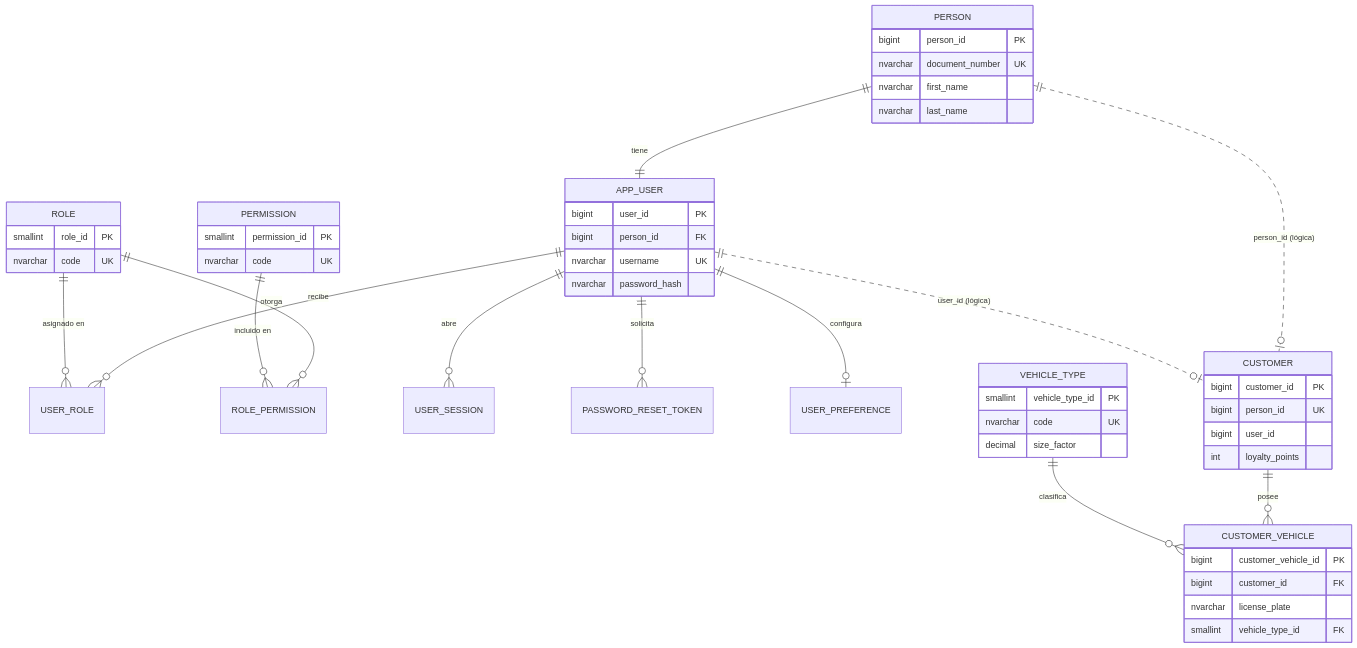
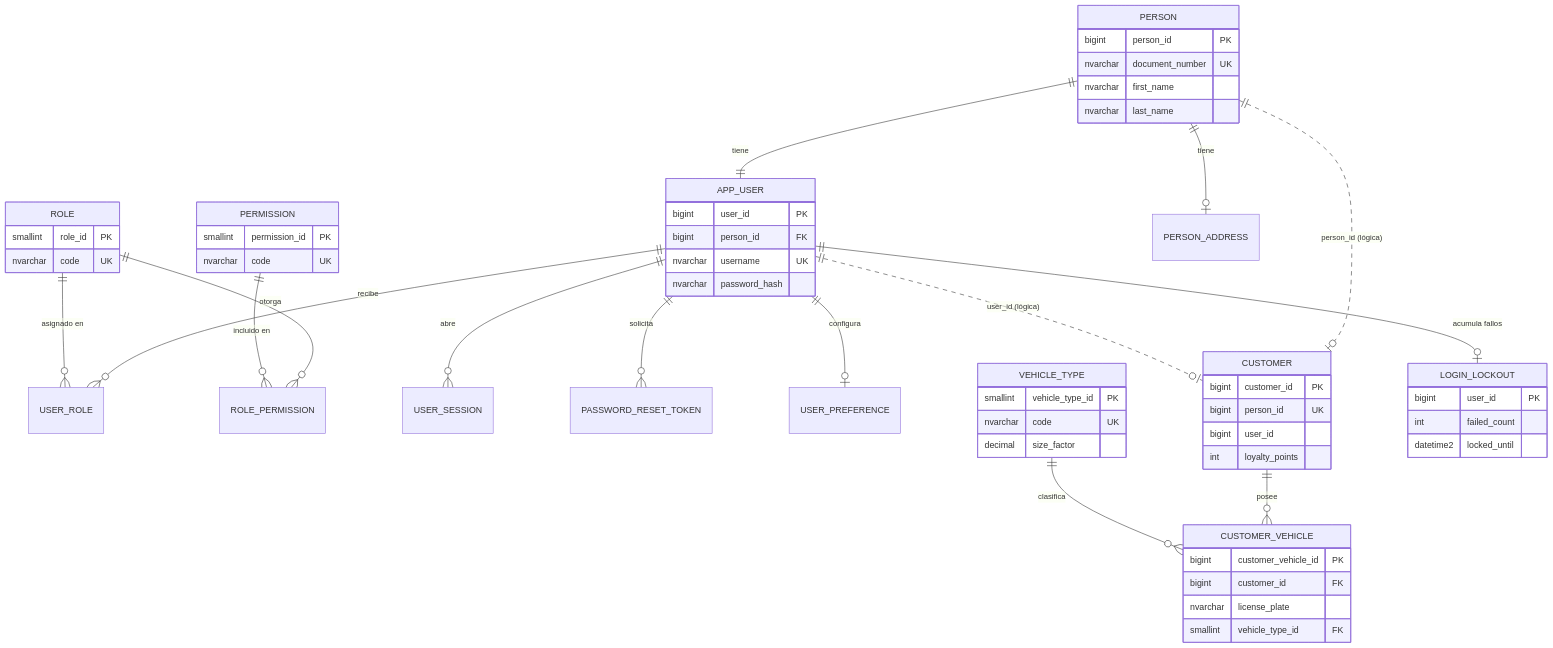
One commit to BrayanCABRERA123/lavarapido-docs changed the fifth of 19 diagrams in Diseno-del-Software/ES/Diseno-del-Software.md. Above: the diagram before and after it, drawn with Mermaid. The commit also changed other lines of this file and 1 other file, not shown here.

````diff
--- a/Diseno-del-Software/ES/Diseno-del-Software.md
+++ b/Diseno-del-Software/ES/Diseno-del-Software.md
@@ -493,38 +495,43 @@
 ```mermaid
 erDiagram
   PERSON ||--|| APP_USER : "tiene"
   APP_USER ||--o{ USER_ROLE : "recibe"
   ROLE ||--o{ USER_ROLE : "asignado en"
   ROLE ||--o{ ROLE_PERMISSION : "otorga"
   PERMISSION ||--o{ ROLE_PERMISSION : "incluido en"
   APP_USER ||--o{ USER_SESSION : "abre"
   APP_USER ||--o{ PASSWORD_RESET_TOKEN : "solicita"
   APP_USER ||--o| USER_PREFERENCE : "configura"
   CUSTOMER ||--o{ CUSTOMER_VEHICLE : "posee"
   VEHICLE_TYPE ||--o{ CUSTOMER_VEHICLE : "clasifica"
   PERSON ||..o| CUSTOMER : "person_id (lógica)"
   APP_USER ||..o| CUSTOMER : "user_id (lógica)"
+  APP_USER ||--o| LOGIN_LOCKOUT : "acumula fallos"
+  PERSON ||--o| PERSON_ADDRESS : "tiene"
+  LOGIN_LOCKOUT { bigint user_id PK
+    int failed_count
+    datetime2 locked_until }
   PERSON { bigint person_id PK
     nvarchar document_number UK
     nvarchar first_name
     nvarchar last_name }
   APP_USER { bigint user_id PK
     bigint person_id FK
     nvarchar username UK
     nvarchar password_hash }
   ROLE { smallint role_id PK
     nvarchar code UK }
   PERMISSION { smallint permission_id PK
     nvarchar code UK }
   CUSTOMER { bigint customer_id PK
     bigint person_id UK
     bigint user_id
     int loyalty_points }
   CUSTOMER_VEHICLE { bigint customer_vehicle_id PK
     bigint customer_id FK
     nvarchar license_plate
     smallint vehicle_type_id FK }
   VEHICLE_TYPE { smallint vehicle_type_id PK
     nvarchar code UK
     decimal size_factor }
 ```
````
